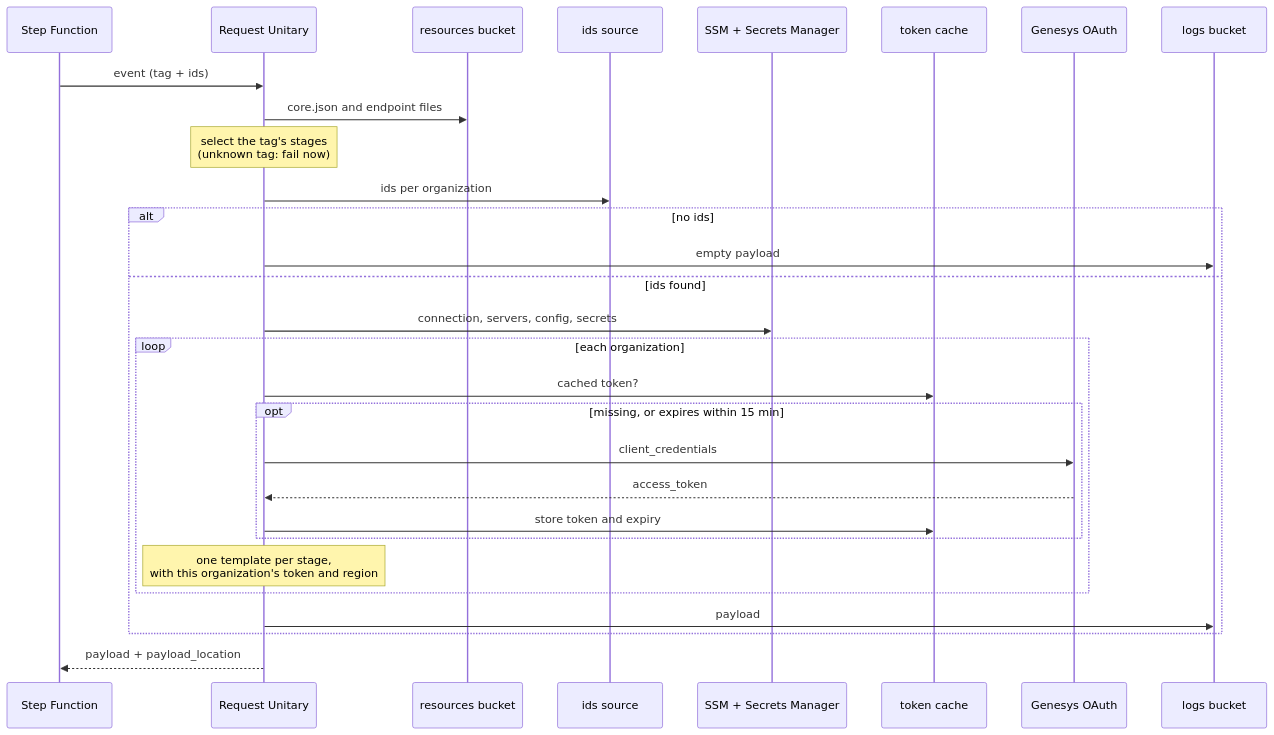
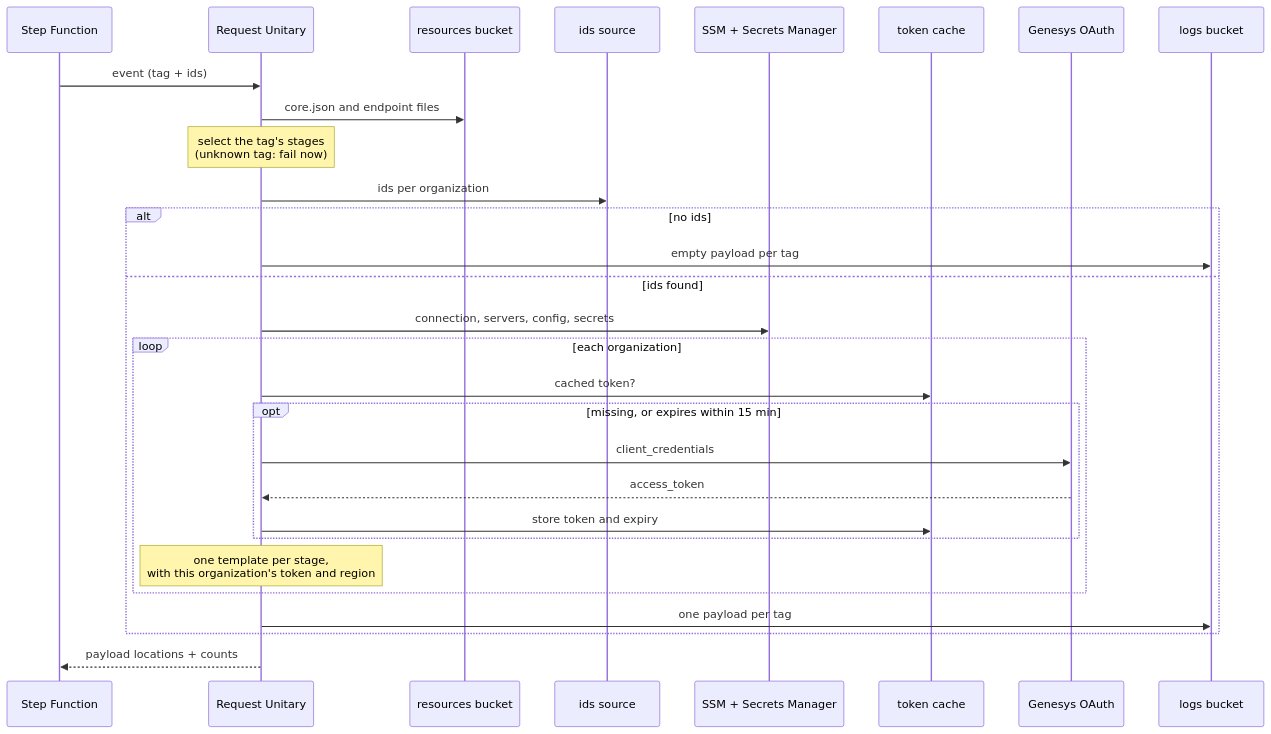
Before and after one commit to DominusChaos1789/genesys-unitary-dispatcher: the second of 5 diagrams in docs/how-it-works.md, drawn with Mermaid. The commit also changed other lines of this file and 13 other files, not shown here.

````diff
--- a/docs/how-it-works.md
+++ b/docs/how-it-works.md
@@ -80,32 +80,32 @@
 ```mermaid
 sequenceDiagram
     participant SFN as Step Function
     participant RU as Request Unitary
     participant RES as resources bucket
     participant SRC as ids source
     participant SSM as SSM + Secrets Manager
     participant DDB as token cache
     participant OAUTH as Genesys OAuth
     participant LOGS as logs bucket
 
     SFN->>RU: event (tag + ids)
     RU->>RES: core.json and endpoint files
     Note over RU: select the tag's stages<br/>(unknown tag: fail now)
     RU->>SRC: ids per organization
     alt no ids
-        RU->>LOGS: empty payload
+        RU->>LOGS: empty payload per tag
     else ids found
         RU->>SSM: connection, servers, config, secrets
         loop each organization
             RU->>DDB: cached token?
             opt missing, or expires within 15 min
                 RU->>OAUTH: client_credentials
                 OAUTH-->>RU: access_token
                 RU->>DDB: store token and expiry
             end
             Note over RU: one template per stage,<br/>with this organization's token and region
         end
-        RU->>LOGS: payload
+        RU->>LOGS: one payload per tag
     end
-    RU-->>SFN: payload + payload_location
+    RU-->>SFN: payload locations + counts
 ```
````
